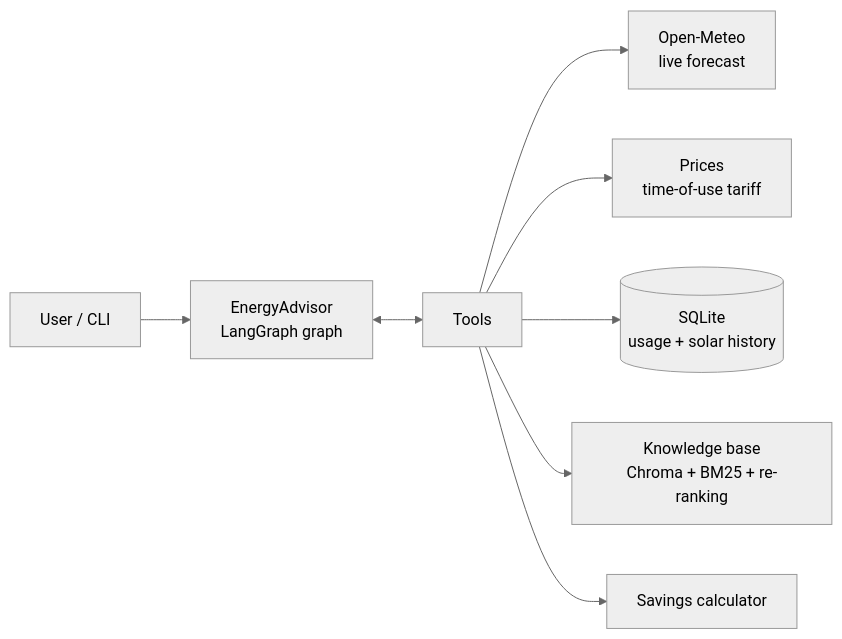
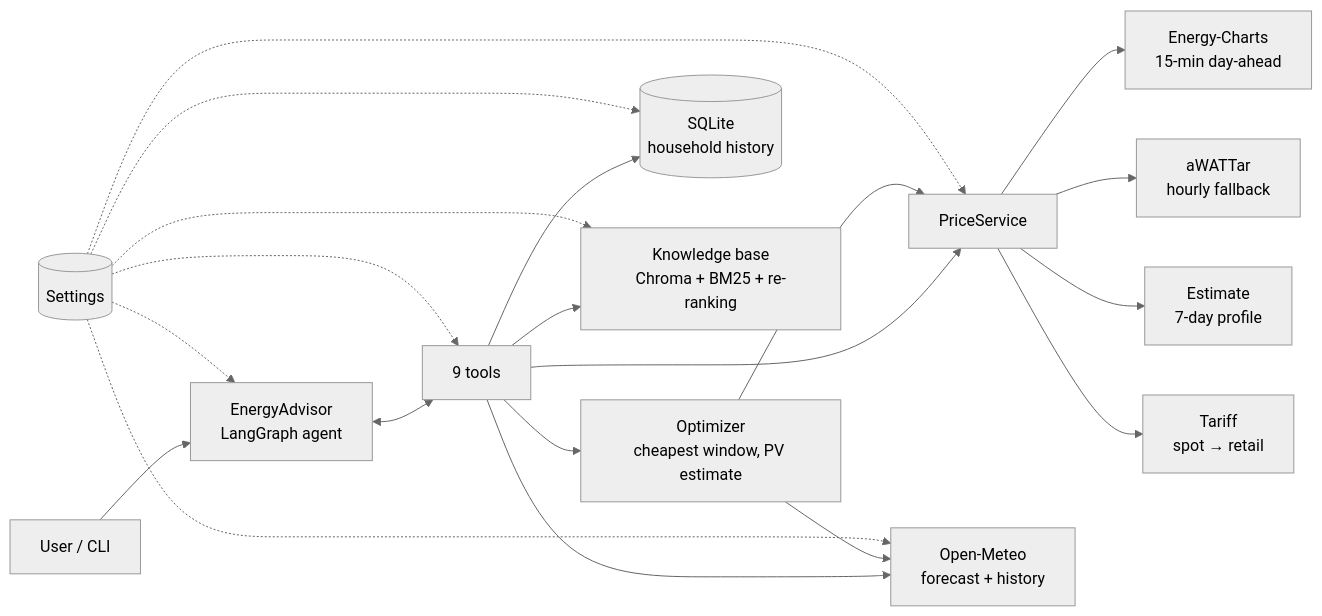
The diagram in README.md (tohver/solar-ev-energy-optimizer-agent-langgraph), drawn with Mermaid (neutral theme) before and after one commit. The commit also changed other lines of this file and 12 other files, not shown here.

First line of the commit message:
docs: README, evaluation results, charts and changelog for v1.0.0

````diff
--- a/README.md
+++ b/README.md
@@ -38,10 +31,17 @@
 ```mermaid
 flowchart LR
-    U[User / CLI] --> A[EnergyAdvisor<br/>LangGraph graph]
-    A <--> T[Tools]
-    T --> W[Open-Meteo<br/>live forecast]
-    T --> P[Prices<br/>time-of-use tariff]
-    T --> R[(SQLite<br/>usage + solar history)]
+    U[User / CLI] --> A[EnergyAdvisor<br/>LangGraph agent]
+    A <--> T[9 tools]
+    T --> O[Optimizer<br/>cheapest window, PV estimate]
+    T --> P[PriceService]
+    P --> EC[Energy-Charts<br/>15-min day-ahead]
+    P --> AW[aWATTar<br/>hourly fallback]
+    P --> ES[Estimate<br/>7-day profile]
+    P --> TR[Tariff<br/>spot → retail]
+    T --> W[Open-Meteo<br/>forecast + history]
+    T --> R[(SQLite<br/>household history)]
     T --> KB[Knowledge base<br/>Chroma + BM25 + re-ranking]
-    T --> S[Savings calculator]
+    O --> P
+    O --> W
+    S[(Settings)] -.-> A & T & P & W & R & KB
 ```
````
